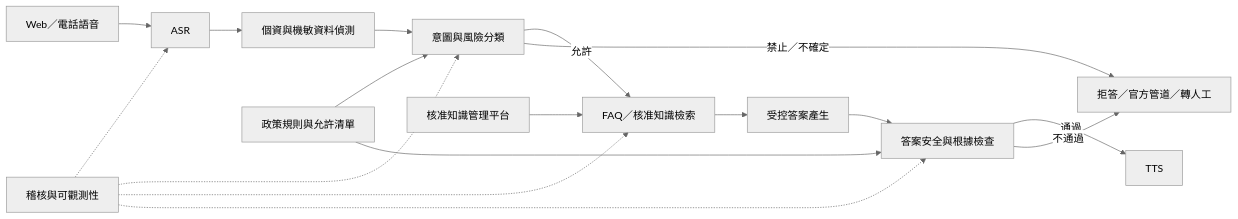
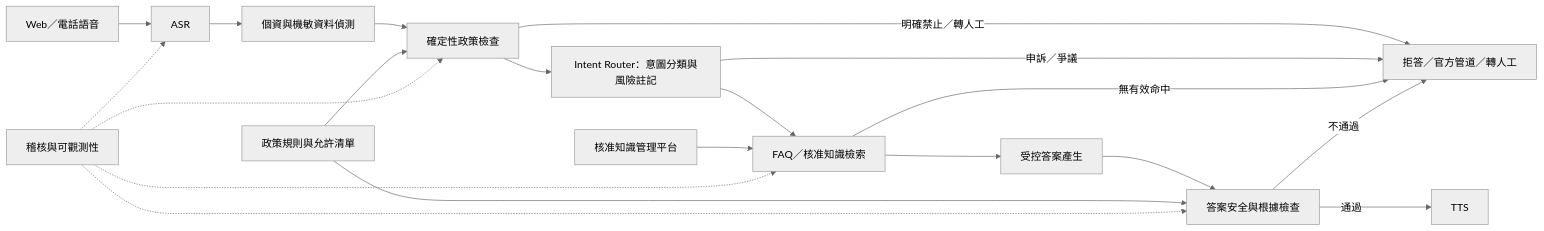
Before and after one commit to MarsChaung/securities_voice_assistant: the diagram in SYSTEM_PLAN.md, drawn with Mermaid (neutral theme). The commit also changed other lines of this file and 25 other files, not shown here.

````diff
--- a/SYSTEM_PLAN.md
+++ b/SYSTEM_PLAN.md
@@ -127,20 +127,23 @@
 ```mermaid
 flowchart LR
     A["Web／電話語音"] --> B["ASR"]
     B --> C["個資與機敏資料偵測"]
-    C --> D["意圖與風險分類"]
-    D -->|"允許"| E["FAQ／核准知識檢索"]
-    D -->|"禁止／不確定"| H["拒答／官方管道／轉人工"]
+    C --> D["確定性政策檢查"]
+    D -->|"明確禁止／轉人工"| H["拒答／官方管道／轉人工"]
+    D --> R["Intent Router：意圖分類與風險註記"]
+    R -->|"申訴／爭議"| H
+    R --> E["FAQ／核准知識檢索"]
+    E -->|"無有效命中"| H
     E --> F["受控答案產生"]
     F --> G["答案安全與根據檢查"]
     G -->|"通過"| I["TTS"]
     G -->|"不通過"| H
 
     J["核准知識管理平台"] --> E
     K["政策規則與允許清單"] --> D
     K --> G
     L["稽核與可觀測性"] -.-> B
     L -.-> D
     L -.-> E
     L -.-> G
 ```
````
